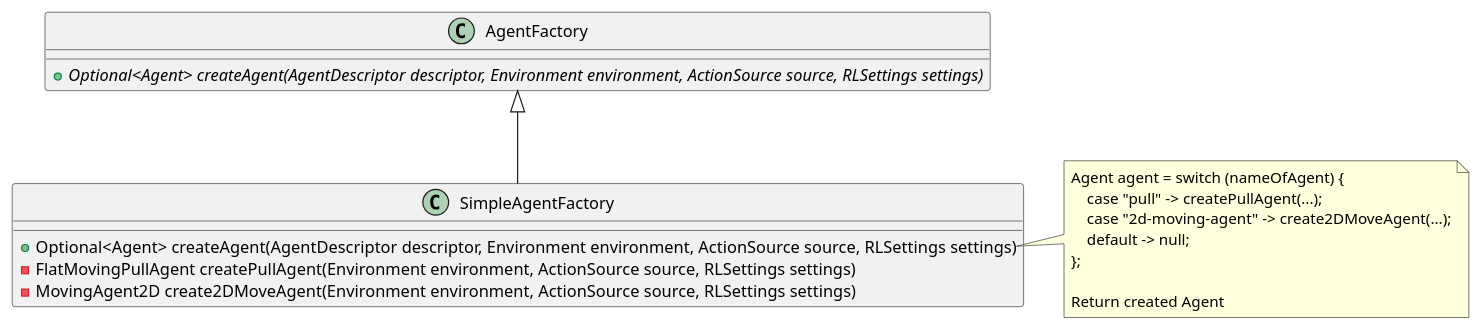
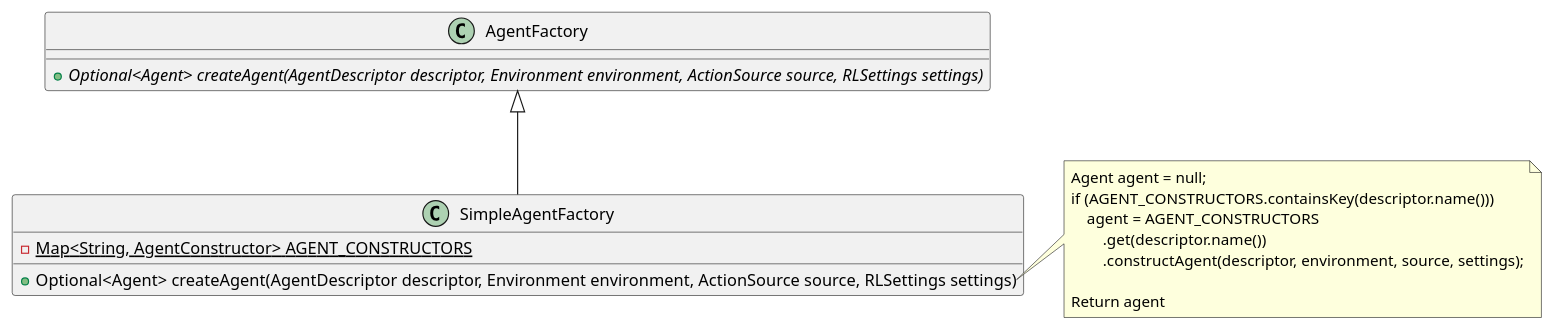
Before and after one commit to jatsqi/ASE-Reinforcement-Learning: the diagram in uml/openClosedNegative.puml, drawn with PlantUML. The commit also changed 3 other files, not shown here.

Commit message:
Adjust UML to new factory implementations.

```diff
--- a/uml/openClosedNegative.puml
+++ b/uml/openClosedNegative.puml
@@ -1,26 +1,25 @@
 @startuml
 'https://plantuml.com/class-diagram
 
 class AgentFactory {
     +{abstract}Optional<Agent> createAgent(AgentDescriptor descriptor, Environment environment, ActionSource source, RLSettings settings)
 }
 
 class SimpleAgentFactory {
+    -{static} Map<String, AgentConstructor> AGENT_CONSTRUCTORS
     +Optional<Agent> createAgent(AgentDescriptor descriptor, Environment environment, ActionSource source, RLSettings settings)
-    -FlatMovingPullAgent createPullAgent(Environment environment, ActionSource source, RLSettings settings)
-    -MovingAgent2D create2DMoveAgent(Environment environment, ActionSource source, RLSettings settings)
 }
 
 note right of SimpleAgentFactory::createAgent
-    Agent agent = switch (nameOfAgent) {
-        case "pull" -> createPullAgent(...);
-        case "2d-moving-agent" -> create2DMoveAgent(...);
-        default -> null;
-    };
+    Agent agent = null;
+    if (AGENT_CONSTRUCTORS.containsKey(descriptor.name()))
+        agent = AGENT_CONSTRUCTORS
+            .get(descriptor.name())
+            .constructAgent(descriptor, environment, source, settings);
 
-    Return created Agent
+    Return agent
 end note
 
 AgentFactory <|-- SimpleAgentFactory
 
 @enduml
```
